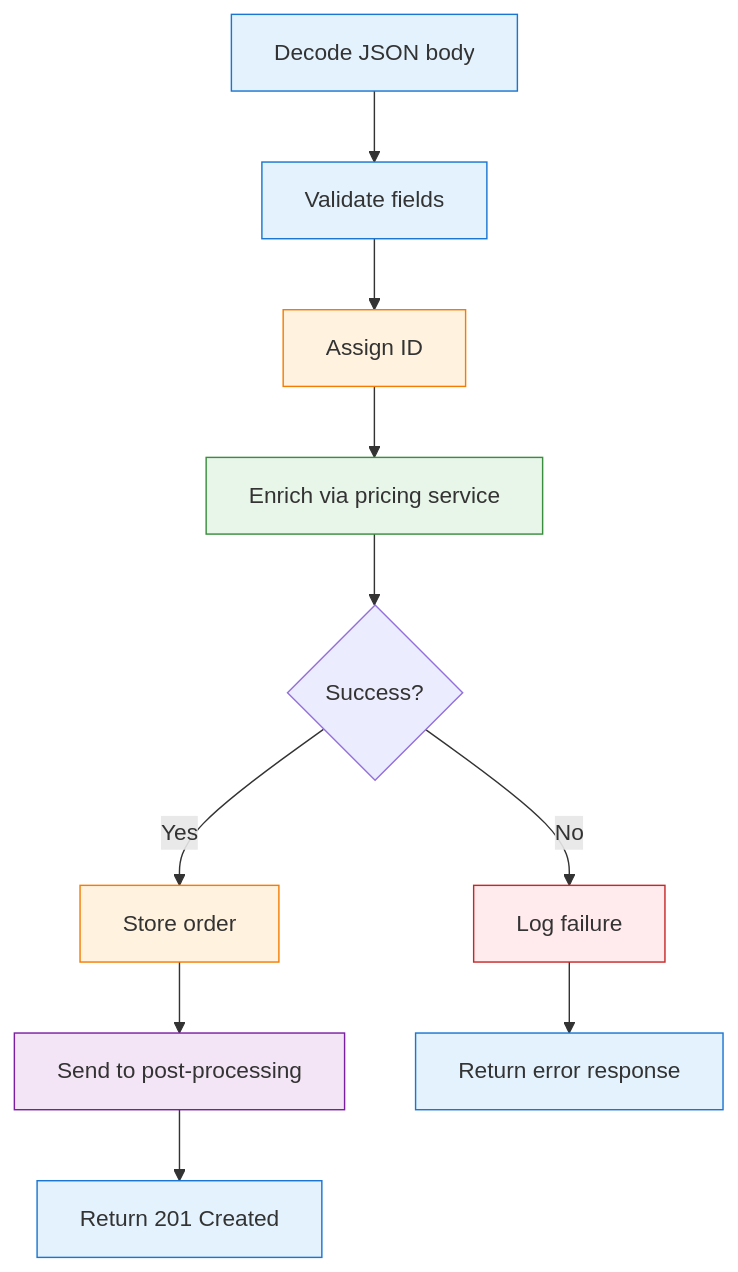
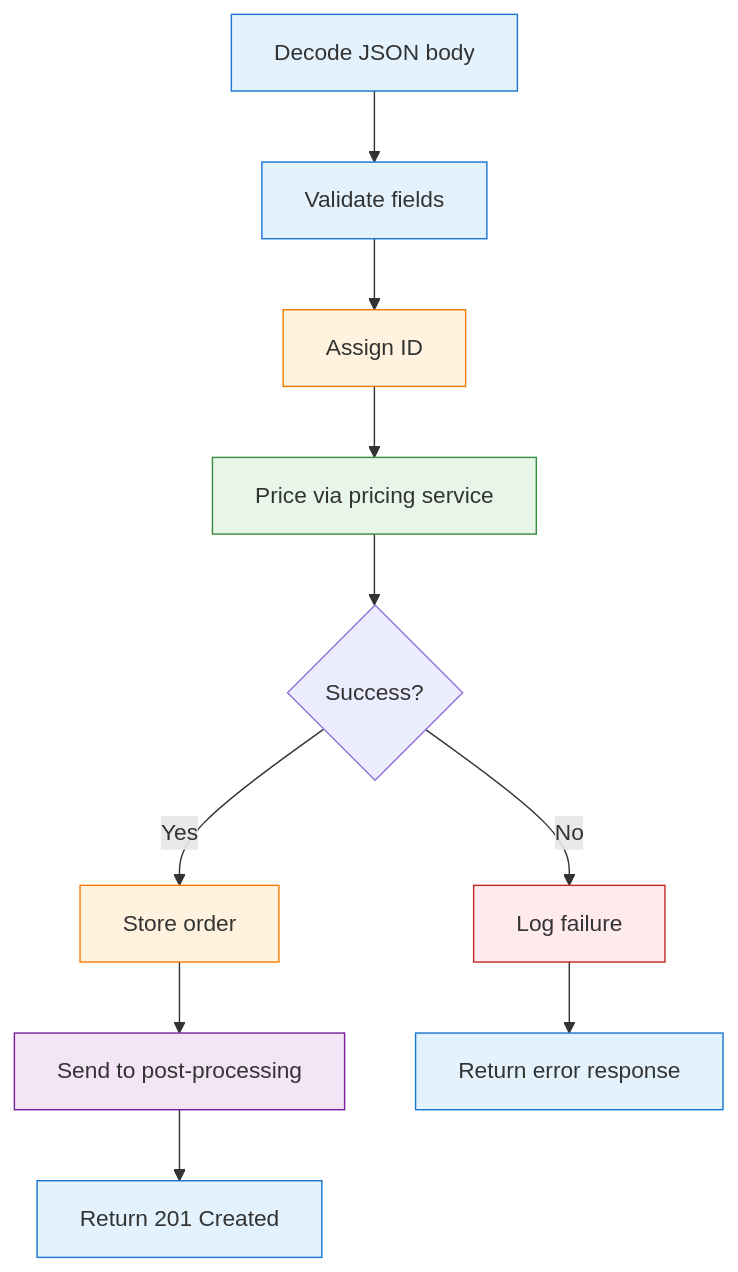
One commit to binaryphile/fluentfp changed the diagram in examples/orders/COMPARISON.md. Above: the diagram before and after it, drawn with Mermaid. The commit also changed other lines of this file and 1 other file, not shown here.

````diff
--- a/examples/orders/COMPARISON.md
+++ b/examples/orders/COMPARISON.md
@@ -7,22 +7,22 @@
 ```mermaid
 flowchart TD
     A["Decode JSON body"] --> B["Validate fields"]
     B --> C["Assign ID"]
-    C --> D["Enrich via pricing service"]
+    C --> D["Price via pricing service"]
     D --> E{"Success?"}
     E -->|Yes| F["Store order"]
     E -->|No| G["Log failure"]
     F --> H["Send to post-processing"]
     H --> I["Return 201 Created"]
     G --> J["Return error response"]
 
     style A fill:#e3f2fd,stroke:#1976d2
     style B fill:#e3f2fd,stroke:#1976d2
     style C fill:#fff3e0,stroke:#f57c00
     style D fill:#e8f5e9,stroke:#388e3c
     style F fill:#fff3e0,stroke:#f57c00
     style H fill:#f3e5f5,stroke:#7b1fa2
     style I fill:#e3f2fd,stroke:#1976d2
     style G fill:#ffebee,stroke:#c62828
     style J fill:#e3f2fd,stroke:#1976d2
 ```
````
